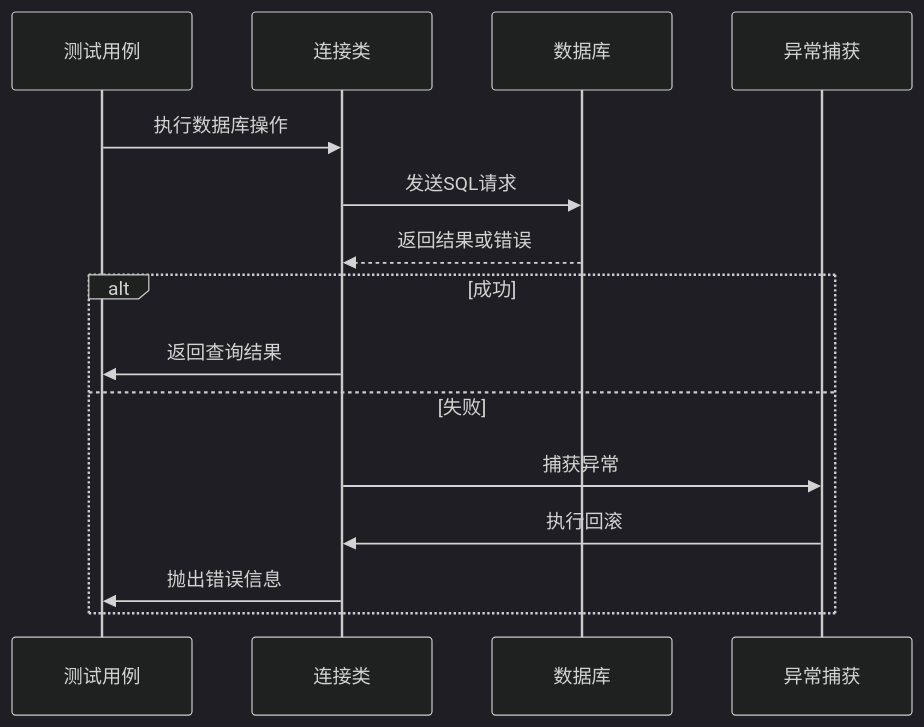
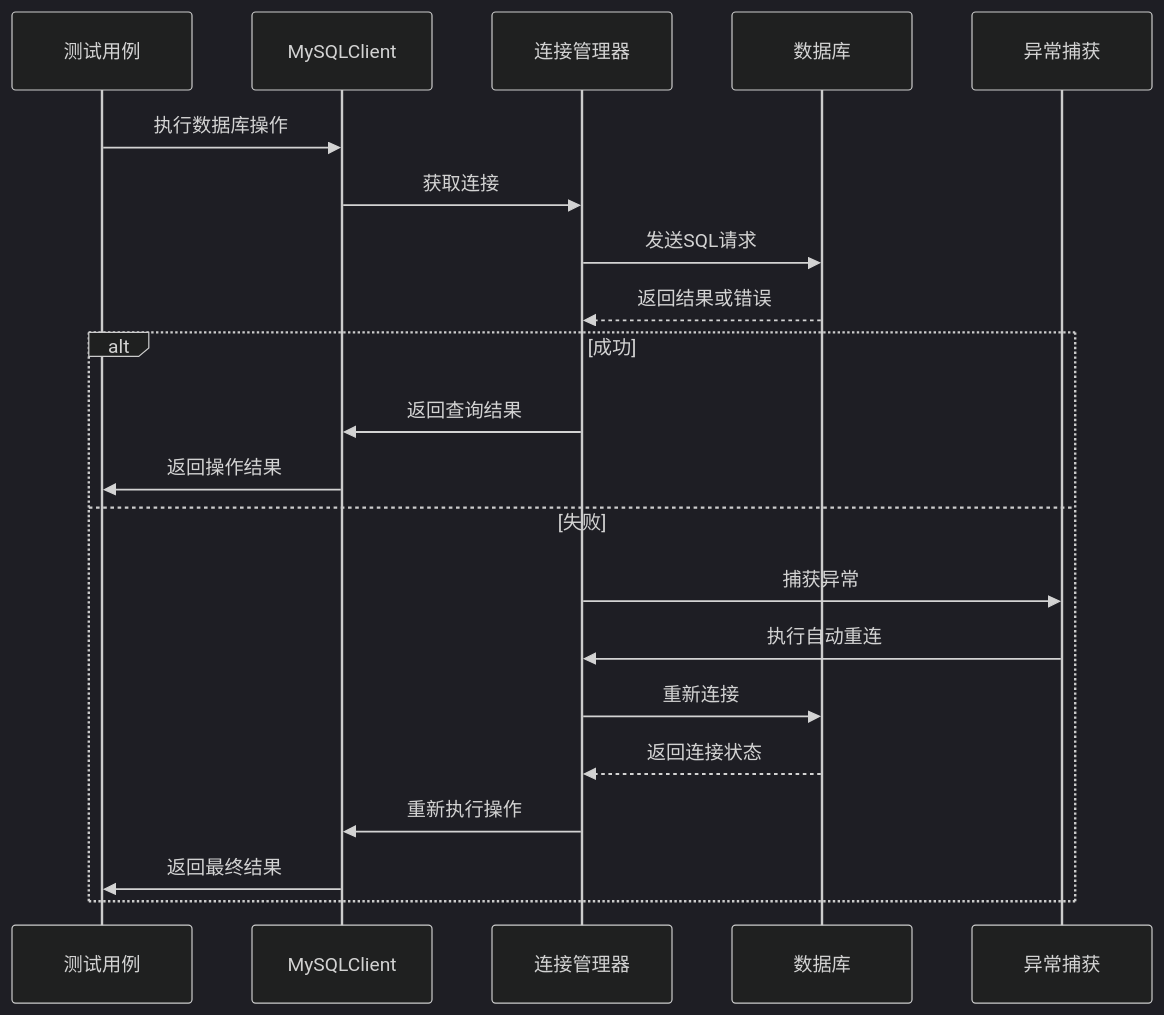
One commit to liximing1-ola/qa-payTest changed diagram 14 of 16 in .qoder/repowiki/zh/content/数据库管理/MySQL连接管理.md. Above: the diagram before and after it, drawn with Mermaid (dark theme). The commit also changed other lines of this file and 6 other files, not shown here.

````diff
--- a/.qoder/repowiki/zh/content/数据库管理/MySQL连接管理.md
+++ b/.qoder/repowiki/zh/content/数据库管理/MySQL连接管理.md
@@ -526,17 +549,23 @@
 ```mermaid
 sequenceDiagram
 participant Test as 测试用例
-participant Conn as 连接类
+participant Client as MySQLClient
+participant Manager as 连接管理器
 participant DB as 数据库
 participant Catch as 异常捕获
-Test->>Conn : 执行数据库操作
-Conn->>DB : 发送SQL请求
-DB-->>Conn : 返回结果或错误
+Test->>Client : 执行数据库操作
+Client->>Manager : 获取连接
+Manager->>DB : 发送SQL请求
+DB-->>Manager : 返回结果或错误
 alt 成功
-Conn->>Test : 返回查询结果
+Manager->>Client : 返回查询结果
+Client->>Test : 返回操作结果
 else 失败
-Conn->>Catch : 捕获异常
-Catch->>Conn : 执行回滚
-Conn->>Test : 抛出错误信息
+Manager->>Catch : 捕获异常
+Catch->>Manager : 执行自动重连
+Manager->>DB : 重新连接
+DB-->>Manager : 返回连接状态
+Manager->>Client : 重新执行操作
+Client->>Test : 返回最终结果
 end
 ```
````
